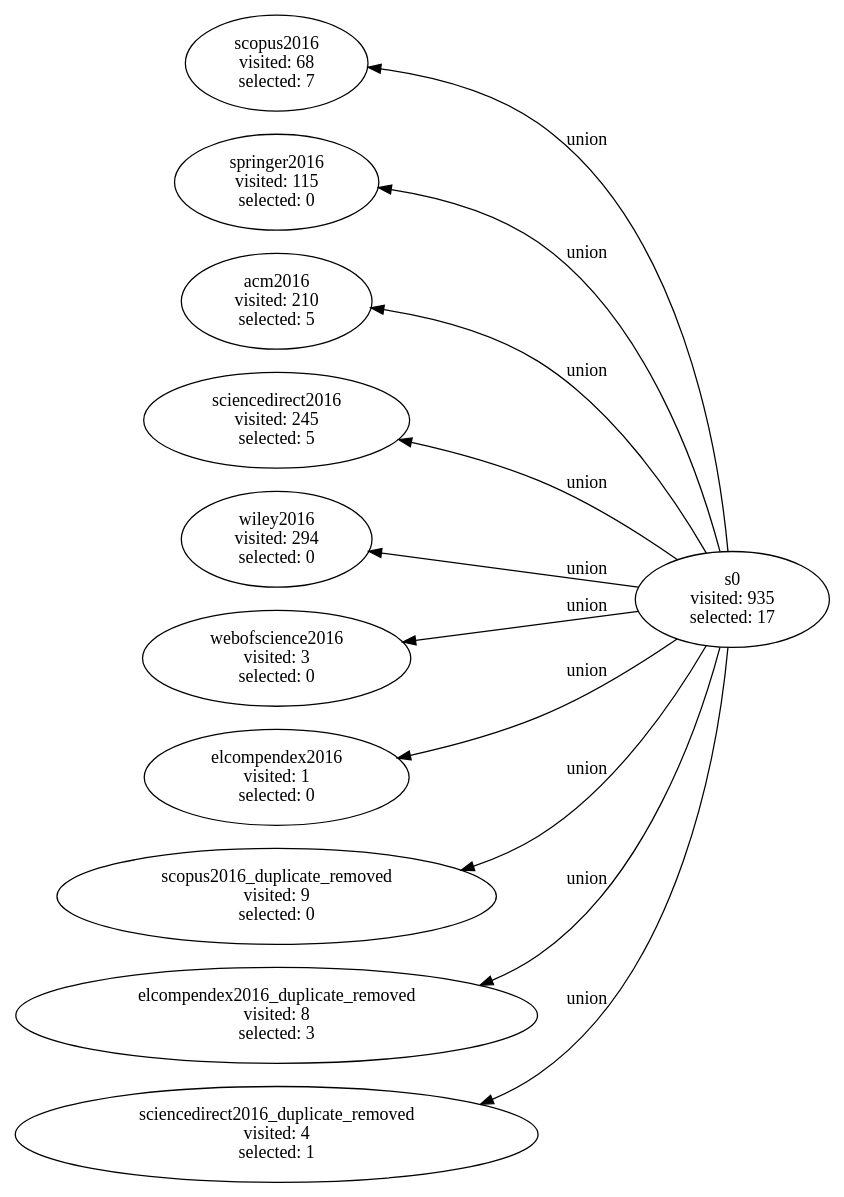
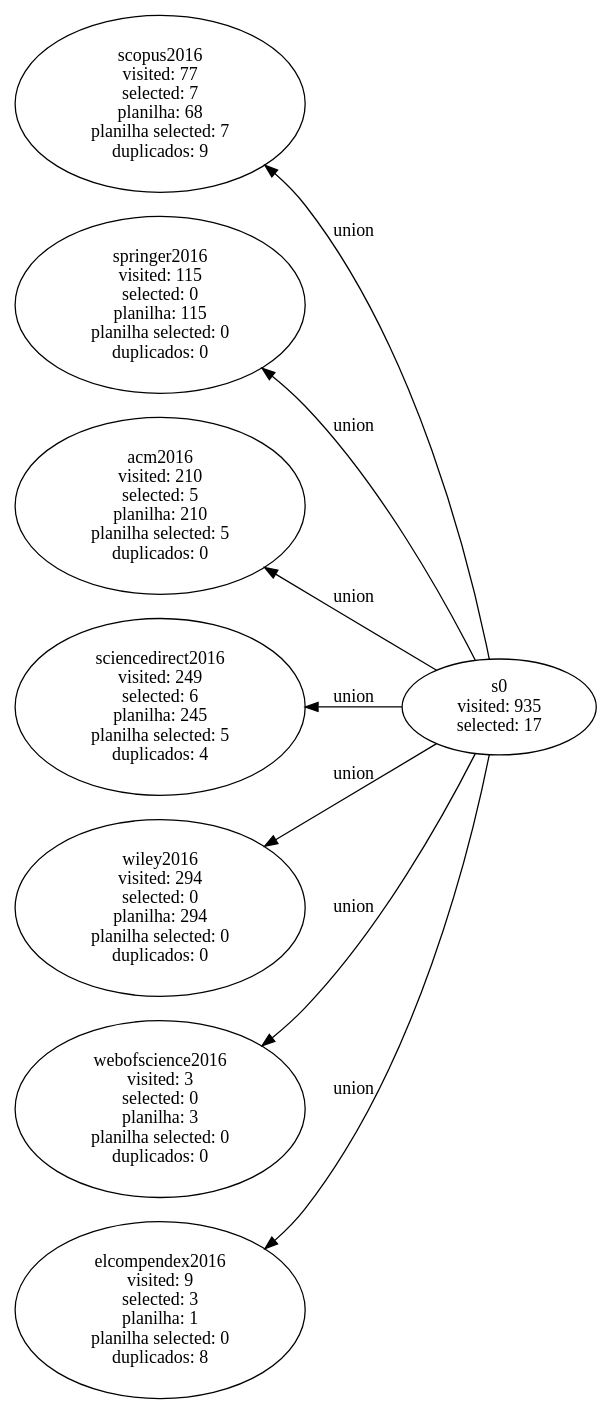
Before and after one commit to gems-uff/hybrid-strategies: the diagram in experiments/experiment_2/notebooks/final.dot, drawn with Graphviz. The commit also changed 25 other files, not shown here.

```diff
--- a/experiments/experiment_2/notebooks/final.dot
+++ b/experiments/experiment_2/notebooks/final.dot
@@ -1,36 +1,27 @@
 digraph G {
   rankdir="RL";
 
   s0 [label="s0\n visited: 935\n selected: 17"];
   s0 -> scopus2016 [label="union"];
   s0 -> springer2016 [label="union"];
   s0 -> acm2016 [label="union"];
   s0 -> sciencedirect2016 [label="union"];
   s0 -> wiley2016 [label="union"];
   s0 -> webofscience2016 [label="union"];
   s0 -> elcompendex2016 [label="union"];
-  s0 -> scopus2016_duplicate_removed [label="union"];
-  s0 -> elcompendex2016_duplicate_removed [label="union"];
-  s0 -> sciencedirect2016_duplicate_removed [label="union"];
 
-  scopus2016 [label="scopus2016\n visited: 68\n selected: 7"];
+  scopus2016 [label="scopus2016\n visited: 77\n selected: 7\n planilha: 68\n planilha selected: 7\n duplicados: 9"];
 
-  springer2016 [label="springer2016\n visited: 115\n selected: 0"];
+  springer2016 [label="springer2016\n visited: 115\n selected: 0\n planilha: 115\n planilha selected: 0\n duplicados: 0"];
 
-  acm2016 [label="acm2016\n visited: 210\n selected: 5"];
+  acm2016 [label="acm2016\n visited: 210\n selected: 5\n planilha: 210\n planilha selected: 5\n duplicados: 0"];
 
-  sciencedirect2016 [label="sciencedirect2016\n visited: 245\n selected: 5"];
+  sciencedirect2016 [label="sciencedirect2016\n visited: 249\n selected: 6\n planilha: 245\n planilha selected: 5\n duplicados: 4"];
 
-  wiley2016 [label="wiley2016\n visited: 294\n selected: 0"];
+  wiley2016 [label="wiley2016\n visited: 294\n selected: 0\n planilha: 294\n planilha selected: 0\n duplicados: 0"];
 
-  webofscience2016 [label="webofscience2016\n visited: 3\n selected: 0"];
+  webofscience2016 [label="webofscience2016\n visited: 3\n selected: 0\n planilha: 3\n planilha selected: 0\n duplicados: 0"];
 
-  elcompendex2016 [label="elcompendex2016\n visited: 1\n selected: 0"];
-
-  scopus2016_duplicate_removed [label="scopus2016_duplicate_removed\n visited: 9\n selected: 0"];
-
-  elcompendex2016_duplicate_removed [label="elcompendex2016_duplicate_removed\n visited: 8\n selected: 3"];
-
-  sciencedirect2016_duplicate_removed [label="sciencedirect2016_duplicate_removed\n visited: 4\n selected: 1"];
+  elcompendex2016 [label="elcompendex2016\n visited: 9\n selected: 3\n planilha: 1\n planilha selected: 0\n duplicados: 8"];
 
 }
```
